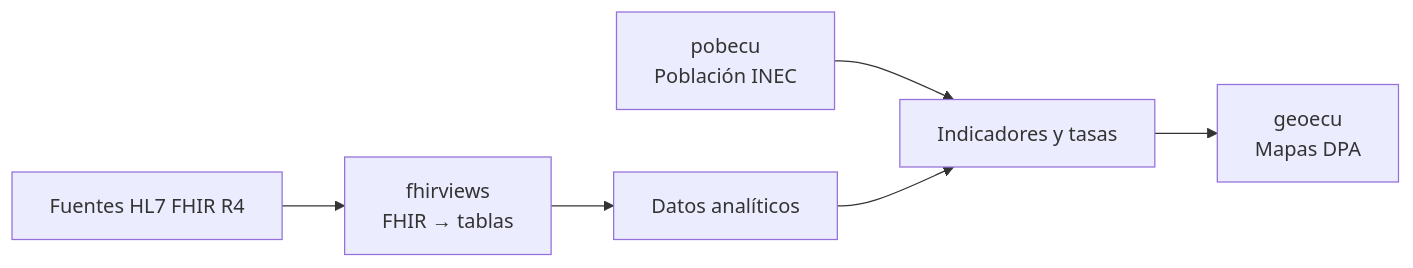
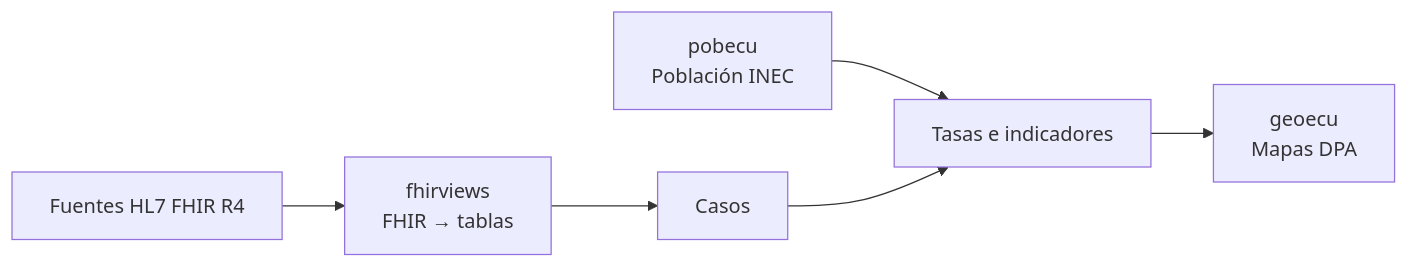
Before and after one commit to f-slg/f-slg: the second of 2 diagrams in README.md, drawn with Mermaid. The commit also changed other lines of this file and 1 other file, not shown here.

````diff
--- a/README.md
+++ b/README.md
@@ -148,8 +90,8 @@
 ```mermaid
 flowchart LR
     F["Fuentes HL7 FHIR R4"] --> V["fhirviews<br/>FHIR → tablas"]
-    V --> A["Datos analíticos"]
-    P["pobecu<br/>Población INEC"] --> I["Indicadores y tasas"]
+    V --> A["Casos"]
+    P["pobecu<br/>Población INEC"] --> I["Tasas e indicadores"]
     A --> I
     I --> G["geoecu<br/>Mapas DPA"]
 ```
````
